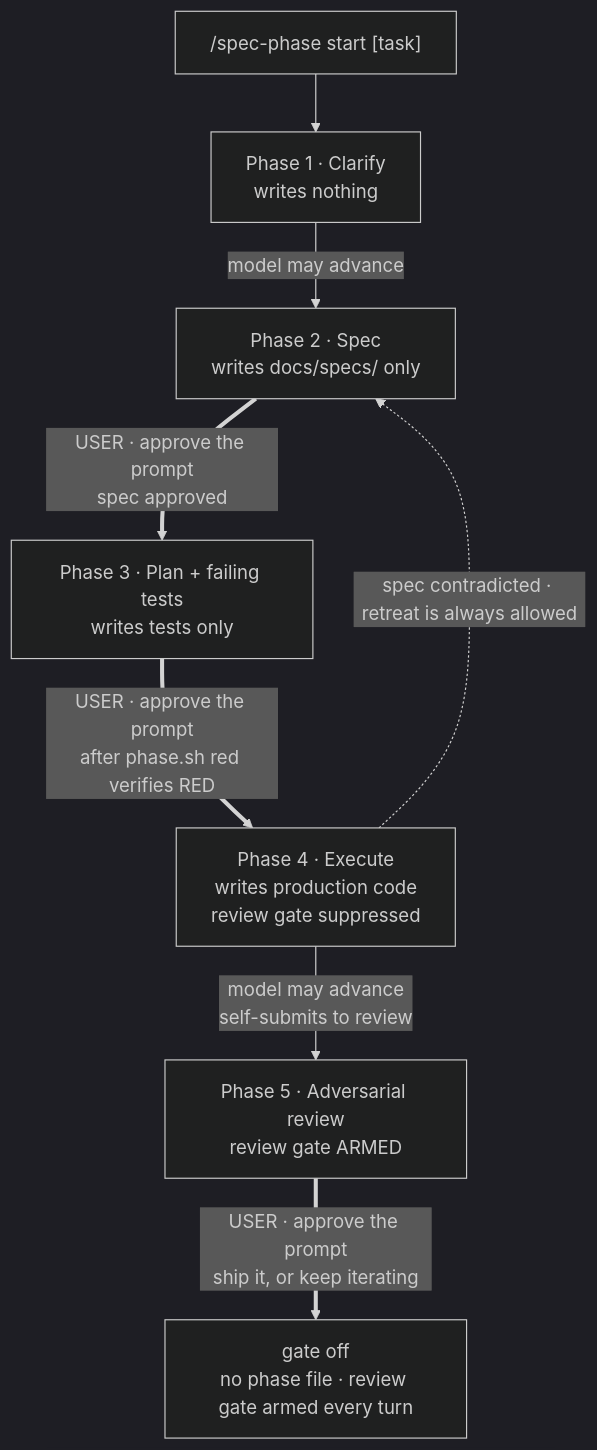
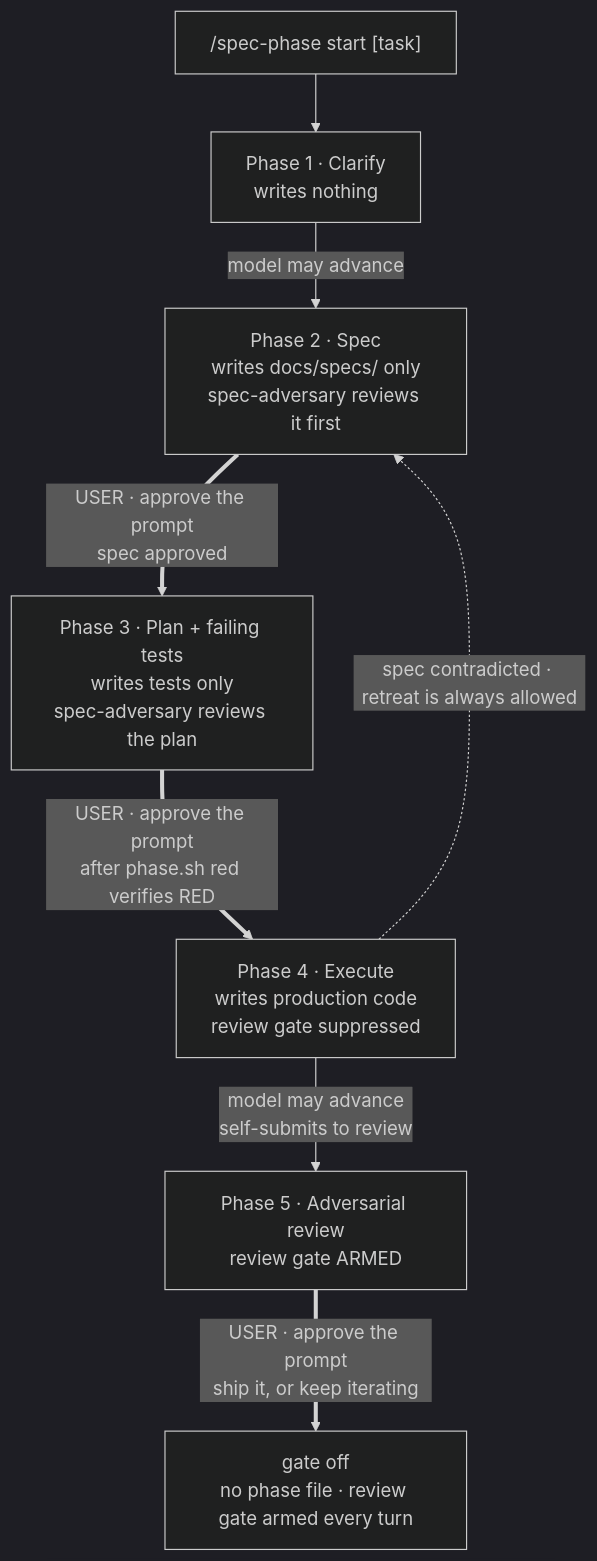
The first of 2 diagrams in spec-gate/README.md (Vavly/skills), drawn with Mermaid (dark theme) before and after one commit. The commit also changed other lines of this file and 8 other files, not shown here.

````diff
--- a/spec-gate/README.md
+++ b/spec-gate/README.md
@@ -175,18 +184,18 @@
 ```mermaid
 flowchart TD
     S["/spec-phase start [task]"] --> P1
 
     P1["Phase 1 · Clarify<br/>writes nothing"]
-    P2["Phase 2 · Spec<br/>writes docs/specs/ only"]
-    P3["Phase 3 · Plan + failing tests<br/>writes tests only"]
+    P2["Phase 2 · Spec<br/>writes docs/specs/ only<br/>spec-adversary reviews it first"]
+    P3["Phase 3 · Plan + failing tests<br/>writes tests only<br/>spec-adversary reviews the plan"]
     P4["Phase 4 · Execute<br/>writes production code<br/>review gate suppressed"]
     P5["Phase 5 · Adversarial review<br/>review gate ARMED"]
     OFF["gate off<br/>no phase file · review gate armed every turn"]
 
     P1 -->|"model may advance"| P2
     P2 ==>|"USER · approve the prompt<br/>spec approved"| P3
     P3 ==>|"USER · approve the prompt<br/>after phase.sh red verifies RED"| P4
     P4 -->|"model may advance<br/>self-submits to review"| P5
     P5 ==>|"USER · approve the prompt<br/>ship it, or keep iterating"| OFF
     P4 -.->|"spec contradicted · retreat is always allowed"| P2
 ```
````
